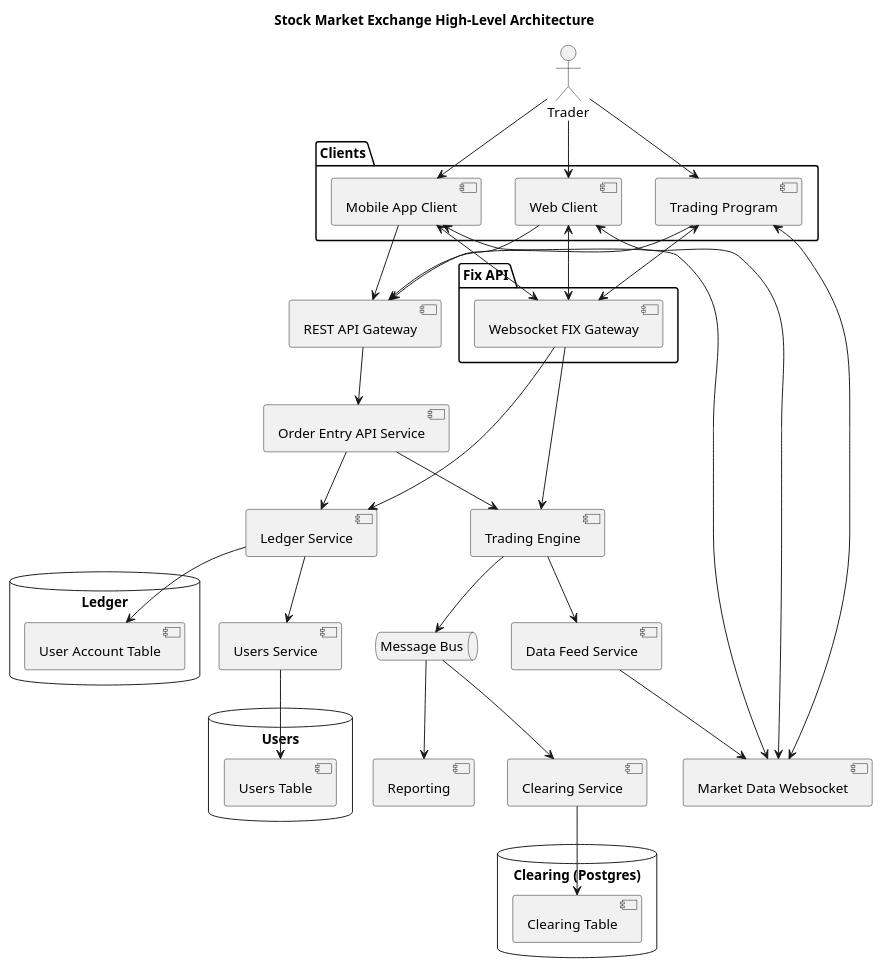
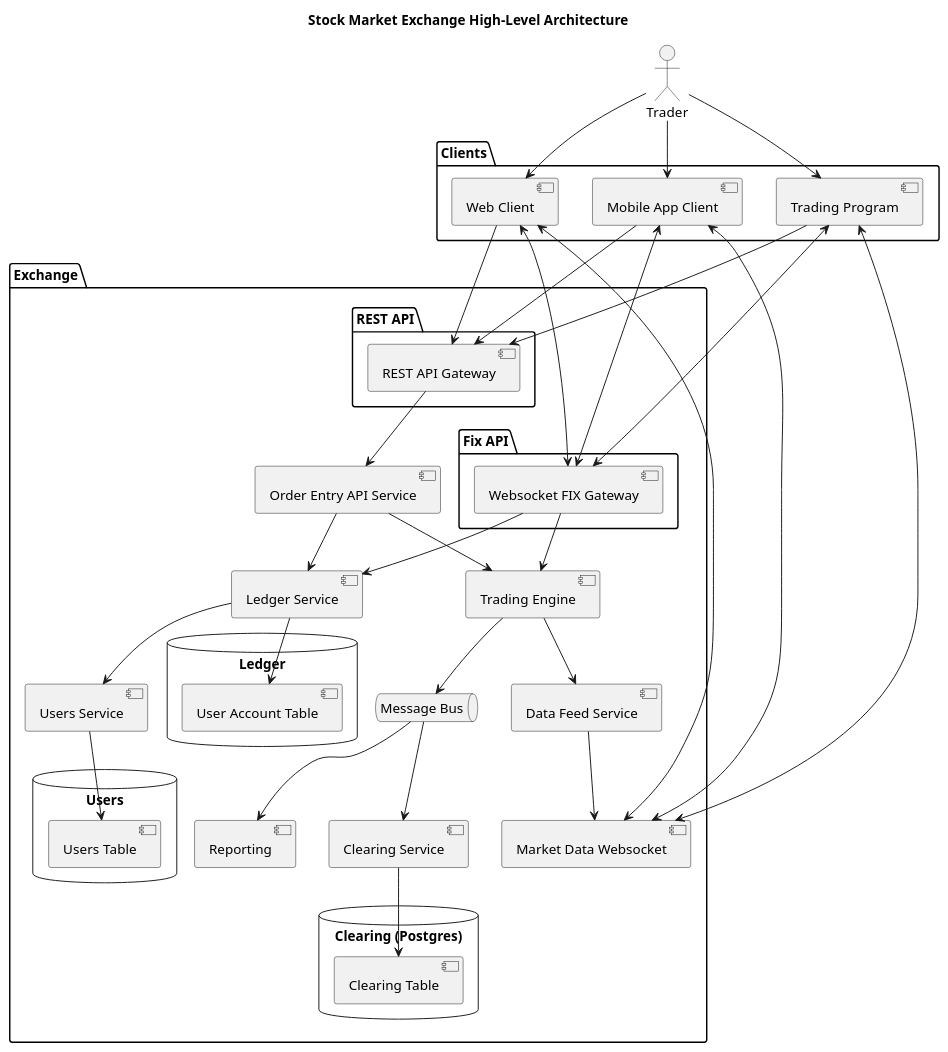
The diagram in stock_exchange/docs/diagrams/src/high_level_system.plantuml (shanebrewer/system_design_questions), drawn with PlantUML before and after one commit.

Commit message:
Minor changes for formatting

```diff
--- a/stock_exchange/docs/diagrams/src/high_level_system.plantuml
+++ b/stock_exchange/docs/diagrams/src/high_level_system.plantuml
@@ -1,59 +1,61 @@
 @startuml exchange_high_level_system_design
 title Stock Market Exchange High-Level Architecture
 actor Trader
 top to bottom direction
 
 package "Clients" {
     Trader --> [Web Client]
     Trader --> [Mobile App Client]
     Trader --> [Trading Program]
 }
 
-[Web Client] --> [REST API Gateway]
-[Mobile App Client] --> [REST API Gateway]
-[Trading Program] --> [REST API Gateway]
+package "Exchange" {
+    package "REST API" {
+        [Web Client] --> [REST API Gateway]
+        [Mobile App Client] --> [REST API Gateway]
+        [Trading Program] --> [REST API Gateway]
+    }
+
+    [Web Client] <--> [Market Data Websocket]
+    [Mobile App Client] <--> [Market Data Websocket]
+    [Trading Program] <--> [Market Data Websocket]
+
+    package "Fix API" {
+        [Web Client] <--> [Websocket FIX Gateway]
+        [Mobile App Client] <--> [Websocket FIX Gateway]
+        [Trading Program] <--> [Websocket FIX Gateway]
+    }
 
 
+    [REST API Gateway] --> [Order Entry API Service]
 
-[Web Client] <--> [Market Data Websocket]
-[Mobile App Client] <--> [Market Data Websocket]
-[Trading Program] <--> [Market Data Websocket]
+    [Order Entry API Service] --> [Ledger Service]
+    [Order Entry API Service] --> [Trading Engine]
 
-package "Fix API" {
-    [Web Client] <--> [Websocket FIX Gateway]
-    [Mobile App Client] <--> [Websocket FIX Gateway]
-    [Trading Program] <--> [Websocket FIX Gateway]
+    [Websocket FIX Gateway] --> [Ledger Service]
+    [Websocket FIX Gateway] --> [Trading Engine]
+
+    database "Ledger" {
+        [Ledger Service] --> [User Account Table]
+    }
+
+    [Ledger Service] --> [Users Service]
+
+    database "Users" {
+        [Users Service] --> [Users Table]
+    }
+
+    queue "Message Bus"
+
+    [Trading Engine] --> [Message Bus]
+    [Trading Engine] --> [Data Feed Service]
+    [Data Feed Service] --> [Market Data Websocket]
+
+    [Message Bus] --> [Reporting]
+    [Message Bus] --> [Clearing Service]
+
+    database "Clearing (Postgres)" {
+        [Clearing Service] --> [Clearing Table]
+    }
 }
-
-[REST API Gateway] --> [Order Entry API Service]
-
-[Order Entry API Service] --> [Ledger Service]
-[Order Entry API Service] --> [Trading Engine]
-
-[Websocket FIX Gateway] --> [Ledger Service]
-[Websocket FIX Gateway] --> [Trading Engine]
-
-database "Ledger" {
-    [Ledger Service] --> [User Account Table]
-}
-
-[Ledger Service] --> [Users Service]
-
-database "Users" {
-    [Users Service] --> [Users Table]
-}
-
-queue "Message Bus"
-
-[Trading Engine] --> [Message Bus]
-[Trading Engine] --> [Data Feed Service]
-[Data Feed Service] --> [Market Data Websocket]
-
-[Message Bus] --> [Reporting]
-[Message Bus] --> [Clearing Service]
-
-database "Clearing (Postgres)" {
-    [Clearing Service] --> [Clearing Table]
-}
-
 @enduml
```
